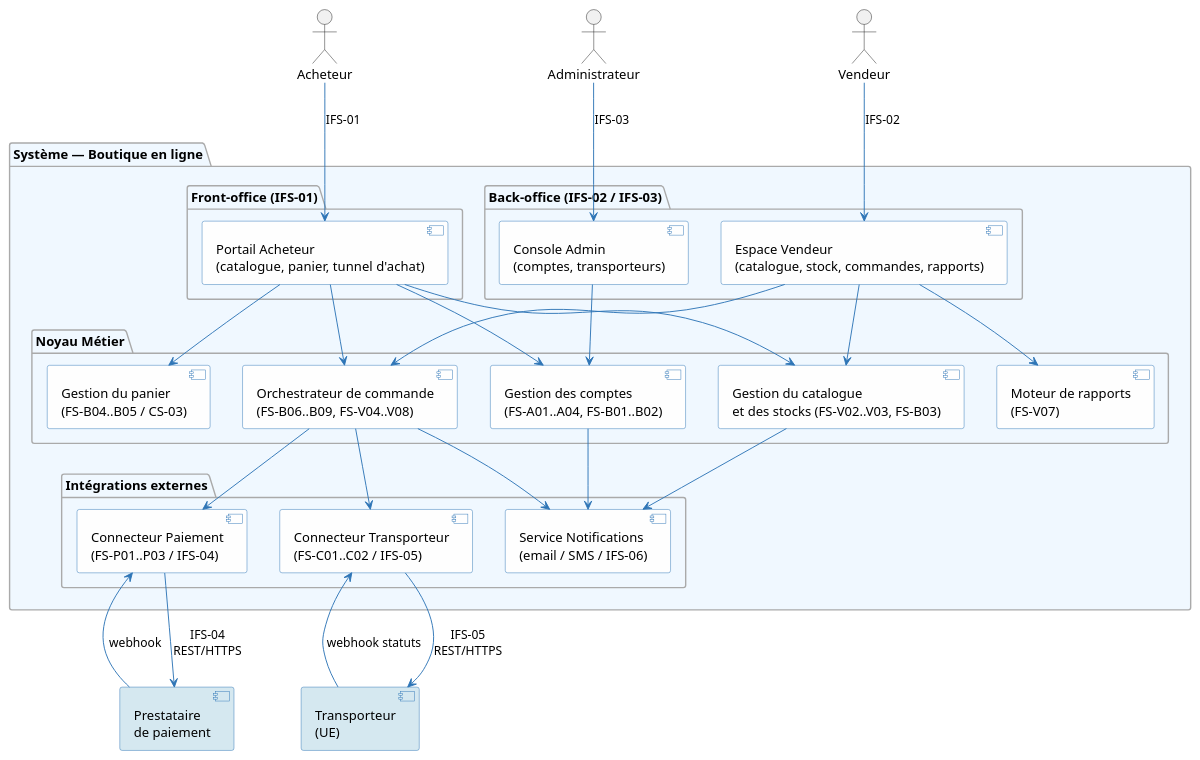
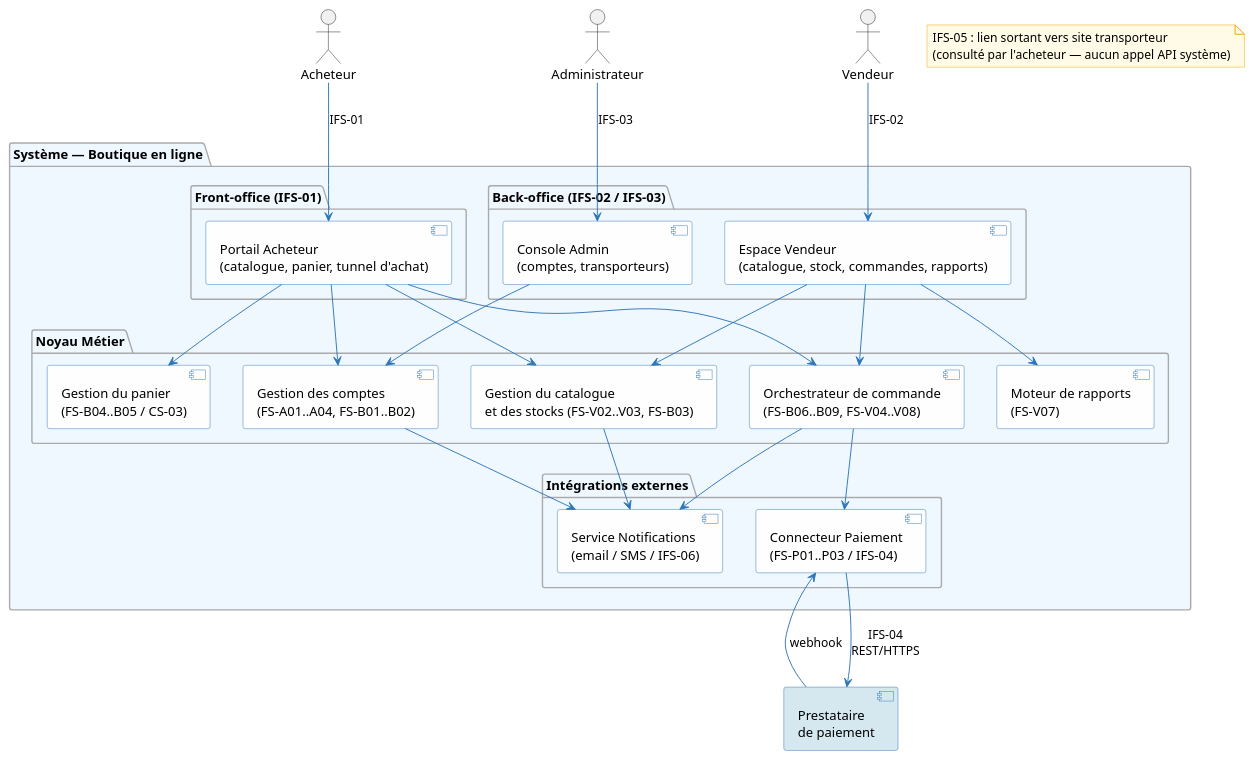
One commit to louistalvande/online_shop changed the fifth of 5 diagrams in architecture/02-system-analysis/sa.adoc. Above: the diagram before and after it, drawn with PlantUML. The commit also changed other lines of this file and 4 other files, not shown here.

```diff
--- a/architecture/02-system-analysis/sa.adoc
+++ b/architecture/02-system-analysis/sa.adoc
@@ -1087,73 +1206,69 @@
 [plantuml, sa-components, svg]
 ----
 skinparam componentBackgroundColor #FEFEFE
 skinparam componentBorderColor #2E75B6
 skinparam arrowColor #2E75B6
 skinparam interfaceBackgroundColor #E8F4FD
 skinparam interfaceBorderColor #2E75B6
 skinparam noteBackgroundColor #FFFBE6
 skinparam noteBorderColor #F0A500
 skinparam packageBackgroundColor #F0F8FF
 skinparam packageBorderColor #AAAAAA
 
 actor "Acheteur" as Buyer
 actor "Vendeur" as Vendor
 actor "Administrateur" as Admin
 
 package "Système — Boutique en ligne" {
 
   package "Front-office (IFS-01)" {
     [Portail Acheteur\n(catalogue, panier, tunnel d'achat)] as FrontBuyer
   }
 
   package "Back-office (IFS-02 / IFS-03)" {
     [Espace Vendeur\n(catalogue, stock, commandes, rapports)] as BackVendor
     [Console Admin\n(comptes, transporteurs)] as BackAdmin
   }
 
   package "Noyau Métier" {
     [Gestion des comptes\n(FS-A01..A04, FS-B01..B02)] as AccountSvc
     [Gestion du catalogue\net des stocks (FS-V02..V03, FS-B03)] as CatalogSvc
     [Gestion du panier\n(FS-B04..B05 / CS-03)] as CartSvc
     [Orchestrateur de commande\n(FS-B06..B09, FS-V04..V08)] as OrderSvc
     [Moteur de rapports\n(FS-V07)] as ReportSvc
   }
 
   package "Intégrations externes" {
     [Connecteur Paiement\n(FS-P01..P03 / IFS-04)] as PaySvc
-    [Connecteur Transporteur\n(FS-C01..C02 / IFS-05)] as CarrierSvc
     [Service Notifications\n(email / SMS / IFS-06)] as NotifSvc
   }
 
 }
 
 component "Prestataire\nde paiement" as ExtPayment #D5E8F0
-component "Transporteur\n(UE)" as ExtCarrier #D5E8F0
 
 Buyer --> FrontBuyer : IFS-01
 Vendor --> BackVendor : IFS-02
 Admin --> BackAdmin : IFS-03
 
 FrontBuyer --> AccountSvc
 FrontBuyer --> CatalogSvc
 FrontBuyer --> CartSvc
 FrontBuyer --> OrderSvc
 
 BackVendor --> CatalogSvc
 BackVendor --> OrderSvc
 BackVendor --> ReportSvc
 
 BackAdmin --> AccountSvc
 
 OrderSvc --> PaySvc
-OrderSvc --> CarrierSvc
 OrderSvc --> NotifSvc
 AccountSvc --> NotifSvc
 CatalogSvc --> NotifSvc
 
 PaySvc --> ExtPayment : IFS-04\nREST/HTTPS
 ExtPayment --> PaySvc : webhook
 
-CarrierSvc --> ExtCarrier : IFS-05\nREST/HTTPS
-ExtCarrier --> CarrierSvc : webhook statuts
+note "IFS-05 : lien sortant vers site transporteur\n(consulté par l'acheteur — aucun appel API système)" as N1
 ----
```
